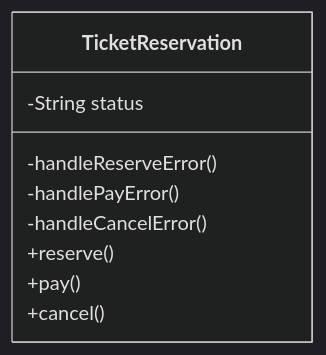
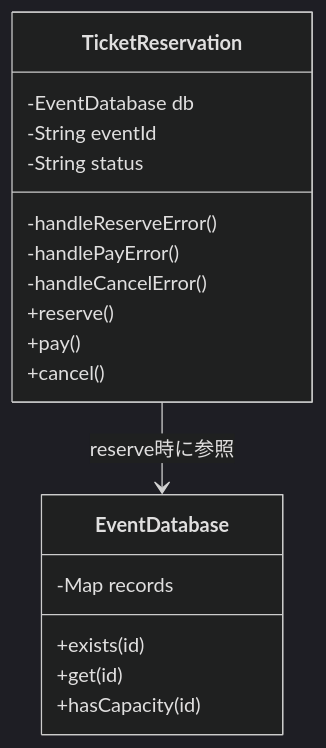
Before and after one commit to kumachan1101-pixel/DesignPattern: the fourth of 10 diagrams in kindle/design-patterns/output/chapter03.md, drawn with Mermaid (dark theme). The commit also changed other lines of this file, not shown here.

````diff
--- a/kindle/design-patterns/output/chapter03.md
+++ b/kindle/design-patterns/output/chapter03.md
@@ -87,12 +115,22 @@
 ```mermaid
 classDiagram
+    class EventDatabase {
+        -Map records
+        +exists(id)
+        +get(id)
+        +hasCapacity(id)
+    }
     class TicketReservation {
+        -EventDatabase db
+        -String eventId
         -String status
         -handleReserveError()
         -handlePayError()
         -handleCancelError()
         +reserve()
         +pay()
         +cancel()
     }
+
+    TicketReservation --> EventDatabase : reserve時に参照
 ```
````
